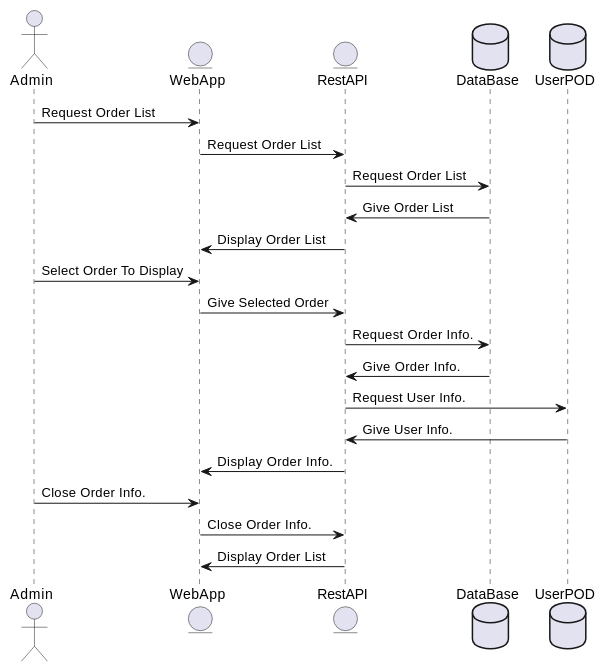
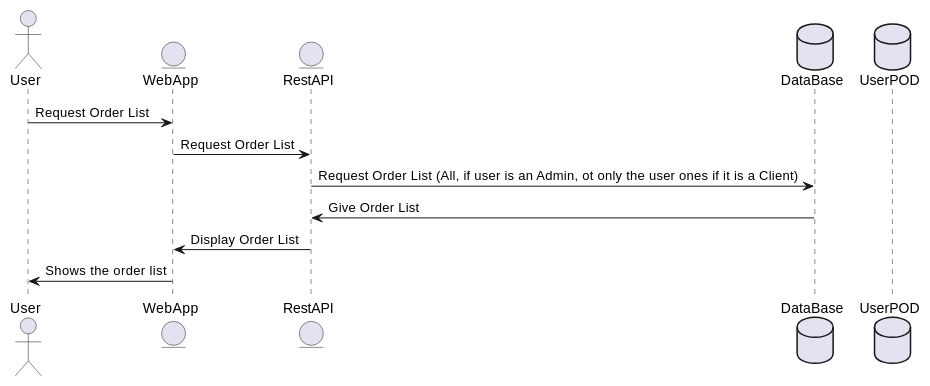
Before and after one commit to Arquisoft/dede_es3c: the tenth of 10 diagrams in docs/06_runtime_view.adoc, drawn with PlantUML. The commit also changed other lines of this file, not shown here.

Commit message:
Diagramas de secuencia actualizados

```diff
--- a/docs/06_runtime_view.adoc
+++ b/docs/06_runtime_view.adoc
@@ -207,26 +187,17 @@
 [plantuml,"AdminMonitorOrderStatus",png]
 ----
 @startuml
-actor Admin
+actor User
 entity WebApp
 entity RestAPI
 database DataBase
 database UserPOD
 
-Admin -> WebApp: Request Order List
+User-> WebApp: Request Order List
 WebApp -> RestAPI: Request Order List
-RestAPI -> DataBase: Request Order List
+RestAPI -> DataBase: Request Order List (All, if user is an Admin, ot only the user ones if it is a Client)
 DataBase -> RestAPI: Give Order List
 RestAPI -> WebApp: Display Order List
-Admin -> WebApp: Select Order To Display
-WebApp -> RestAPI: Give Selected Order
-RestAPI -> DataBase: Request Order Info.
-DataBase -> RestAPI: Give Order Info.
-RestAPI -> UserPOD: Request User Info.
-UserPOD -> RestAPI: Give User Info.
-RestAPI -> WebApp: Display Order Info.
-Admin -> WebApp: Close Order Info.
-WebApp -> RestAPI: Close Order Info.
-RestAPI -> WebApp: Display Order List
+WebApp -> User: Shows the order list
 @enduml
 ----
```
